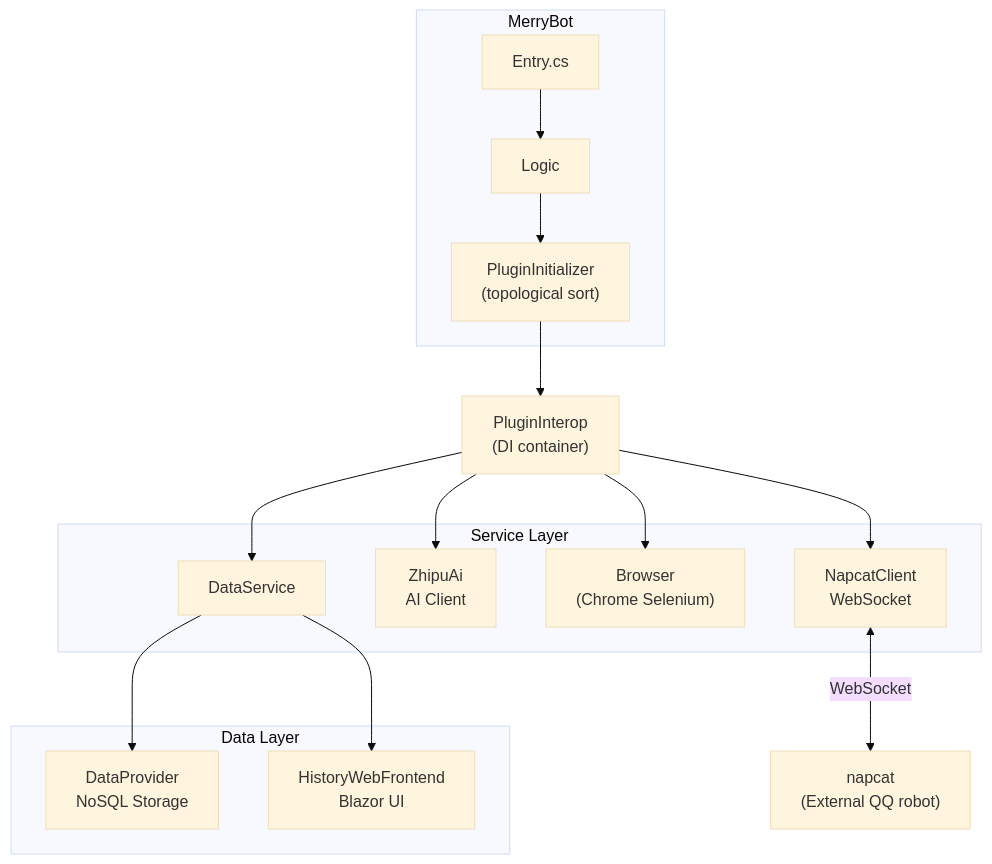
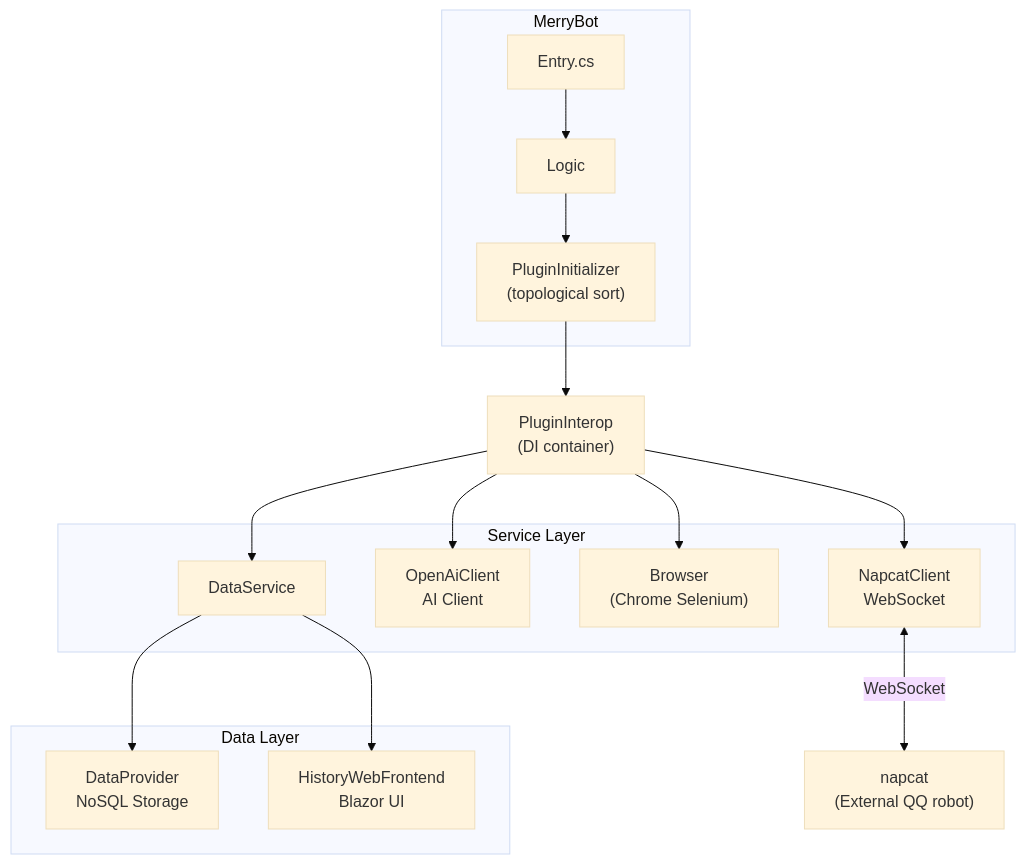
Before and after one commit to 57UU/MerryBot: the first of 3 diagrams in CLAUDE.md, drawn with Mermaid (base theme). The commit also changed other lines of this file and 22 other files, not shown here.

First line of the commit message:
refactor: rename ZhipuAi project to OpenAiClient

````diff
--- a/CLAUDE.md
+++ b/CLAUDE.md
@@ -32,31 +32,31 @@
 ```mermaid
 graph TB
     subgraph MerryBot
         Entry["Entry.cs"] --> Logic["Logic"]
         Logic --> PluginInitializer["PluginInitializer<br/>(topological sort)"]
     end
 
     PluginInitializer --> Interop["PluginInterop<br/>(DI container)"]
 
     subgraph Service Layer
         NapcatClient["NapcatClient<br/>WebSocket"]
-        ZhipuAi["ZhipuAi<br/>AI Client"]
+        OpenAiClient["OpenAiClient<br/>AI Client"]
         Browser["Browser<br/>(Chrome Selenium)"]
         DataService["DataService"]
     end
 
     Interop --> NapcatClient
-    Interop --> ZhipuAi
+    Interop --> OpenAiClient
     Interop --> Browser
     Interop --> DataService
 
     NapcatClient <--> |WebSocket| napcat["napcat<br/>(External QQ robot)"]
 
     subgraph Data Layer
         DataProvider["DataProvider<br/>NoSQL Storage"]
         HistoryWebFrontend["HistoryWebFrontend<br/>Blazor UI"]
     end
 
     DataService --> DataProvider
     DataService --> HistoryWebFrontend
 ```
````
